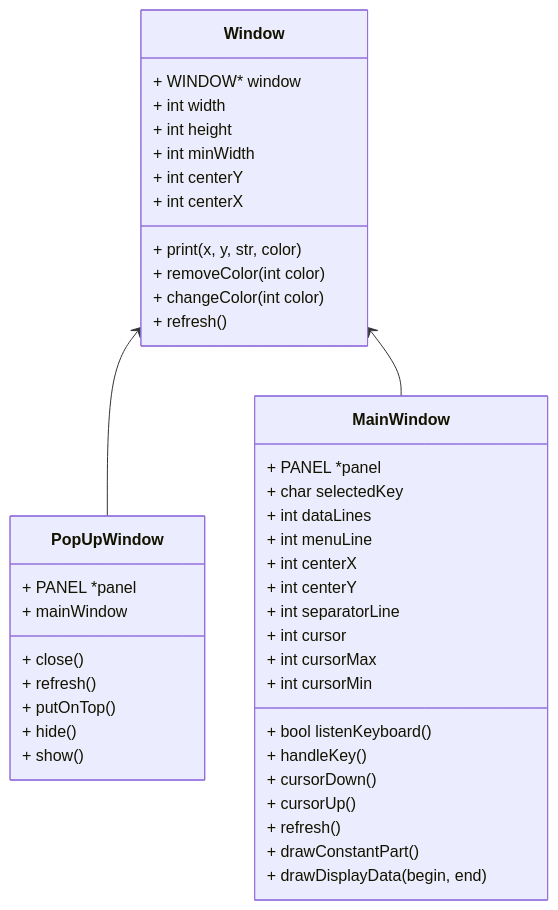
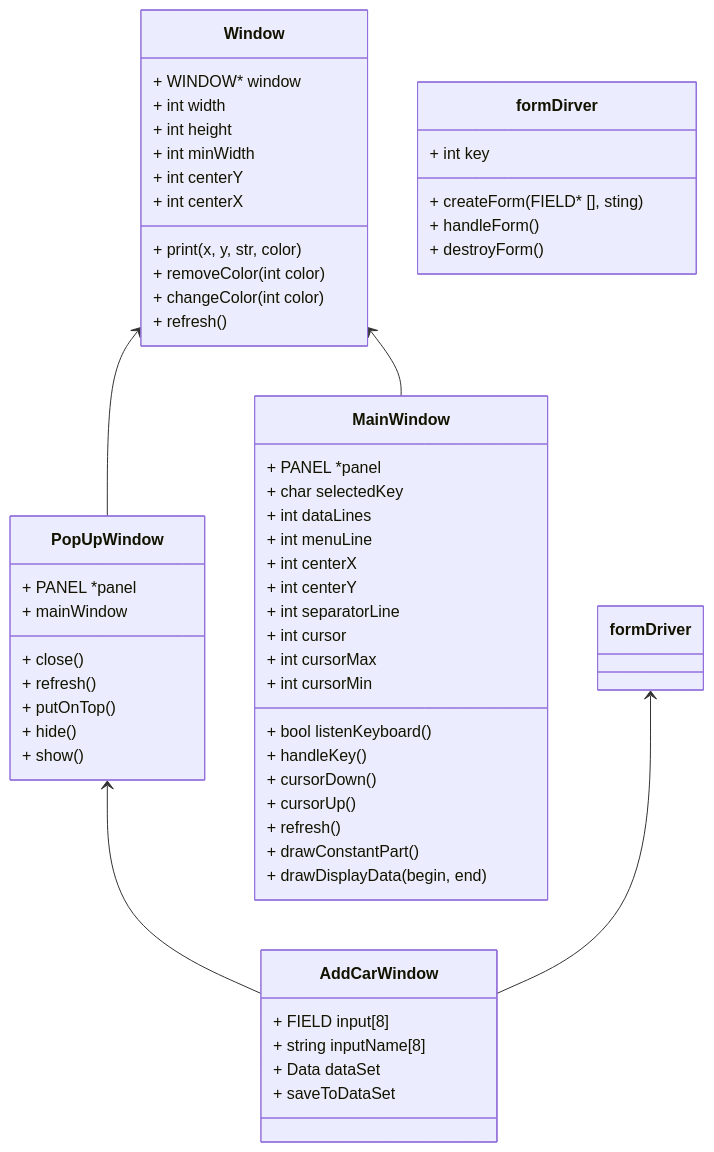
The fourth of 7 diagrams in FinalProject/Readme.md (asamaranch78/swatcplusplus25Q4), drawn with Mermaid before and after one commit.

Commit message:
Creation of addCarWindow docs

````diff
--- a/FinalProject/Readme.md
+++ b/FinalProject/Readme.md
@@ -164,45 +164,60 @@
 ```mermaid
 classDiagram
     Window <-- PopUpWindow
     Window <-- MainWindow
+    PopUpWindow <-- AddCarWindow
+    formDriver <-- AddCarWindow
     class Window {
         + WINDOW* window
         + int width
         + int height
         + int minWidth
         + int centerY
         + int centerX 
         + print(x, y, str, color)
         + removeColor(int color)
         + changeColor(int color)
         + refresh()
     }
     class PopUpWindow {
         + PANEL *panel
         + mainWindow
         + close()
         + refresh()
         + putOnTop()
         + hide()
         + show()
     }
     class MainWindow {
         + PANEL *panel
         + char selectedKey
         + int dataLines
         + int menuLine
         + int centerX
         + int centerY
         + int separatorLine
         + int cursor
         + int cursorMax
         + int cursorMin
         + bool listenKeyboard()
         + handleKey()
         + cursorDown()
         + cursorUp()
         + refresh()
         + drawConstantPart()
         + drawDisplayData(begin, end)
     }
+    class AddCarWindow {
+        + FIELD input[8]
+        + string inputName[8]
+        + Data dataSet
+        + saveToDataSet
+    }
+    class formDirver {
+        + int key
+        + createForm(FIELD* [], sting)
+        + handleForm()
+        + destroyForm()
+    }
+
 ```
````
